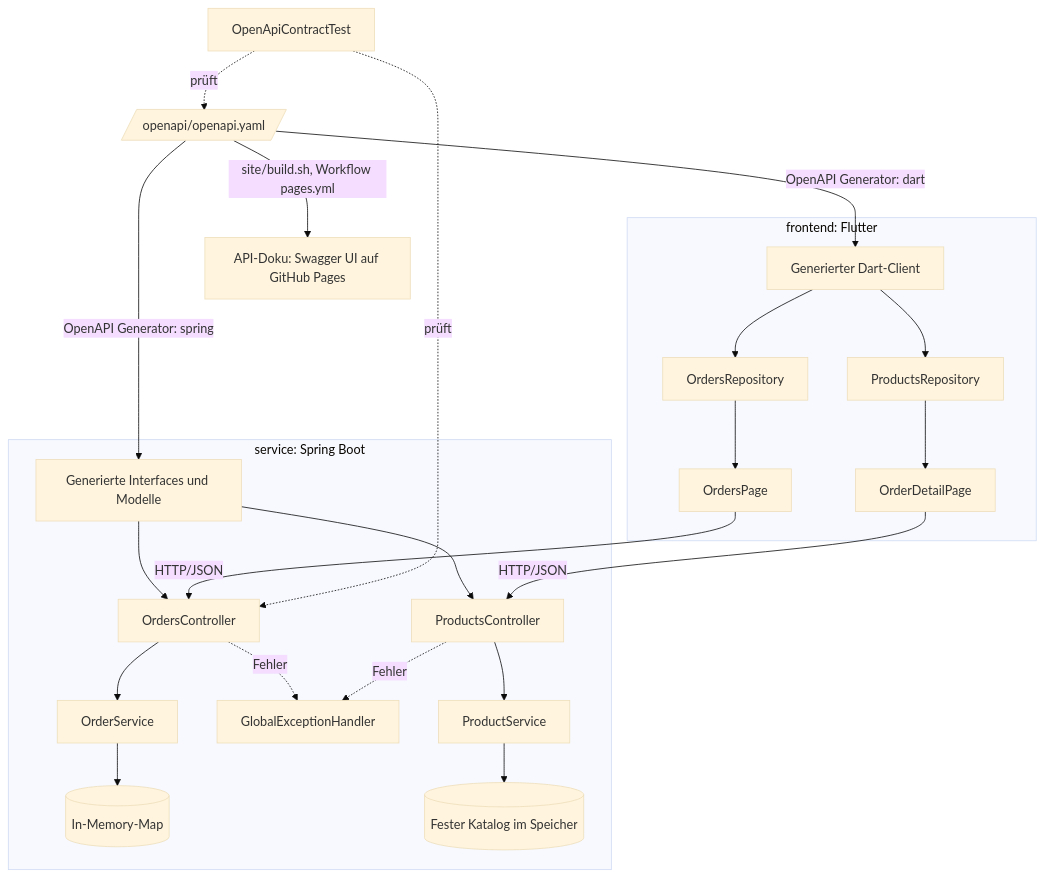
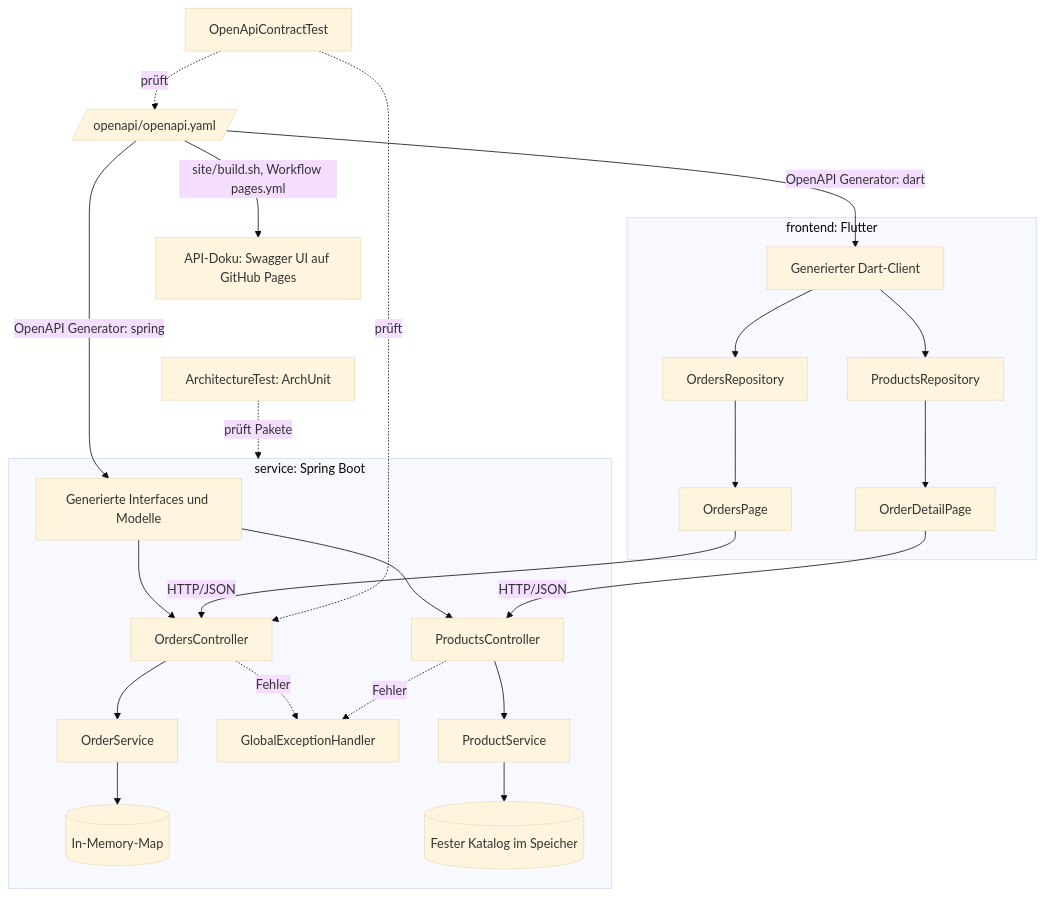
Before and after one commit to juheba/sw-factory-tryout: the first of 6 diagrams in docs/architecture.md, drawn with Mermaid (base theme). The commit also changed other lines of this file and 5 other files, not shown here.

First line of the commit message:
docs: Roadmap-Diagramm und Doku auf den Ist-Stand (B6) (#206)

````diff
--- a/docs/architecture.md
+++ b/docs/architecture.md
@@ -8,30 +8,31 @@
 ```mermaid
 flowchart TB
     Spec[/openapi/openapi.yaml/]
     Spec -->|OpenAPI Generator: spring| Gen[Generierte Interfaces und Modelle]
     Spec -->|OpenAPI Generator: dart| Cli[Generierter Dart-Client]
     Spec -->|site/build.sh, Workflow pages.yml| Doc[API-Doku: Swagger UI auf GitHub Pages]
 
     subgraph service [service: Spring Boot]
         Gen --> Ctl[OrdersController]
         Ctl --> Svc[OrderService]
         Svc --> Mem[(In-Memory-Map)]
         Ctl -.Fehler.-> Err[GlobalExceptionHandler]
         Gen --> PCtl[ProductsController]
         PCtl --> PSvc[ProductService]
         PSvc --> Cat[(Fester Katalog im Speicher)]
         PCtl -.Fehler.-> Err
     end
 
     subgraph frontend [frontend: Flutter]
         Cli --> Repo[OrdersRepository]
         Repo --> UI[OrdersPage]
         Cli --> PRepo[ProductsRepository]
         PRepo --> Detail[OrderDetailPage]
     end
 
     UI -->|HTTP/JSON| Ctl
     Detail -->|HTTP/JSON| PCtl
     Test[OpenApiContractTest] -.prüft.-> Spec
     Test -.prüft.-> Ctl
+    Arch[ArchitectureTest: ArchUnit] -.prüft Pakete.-> service
 ```
````
